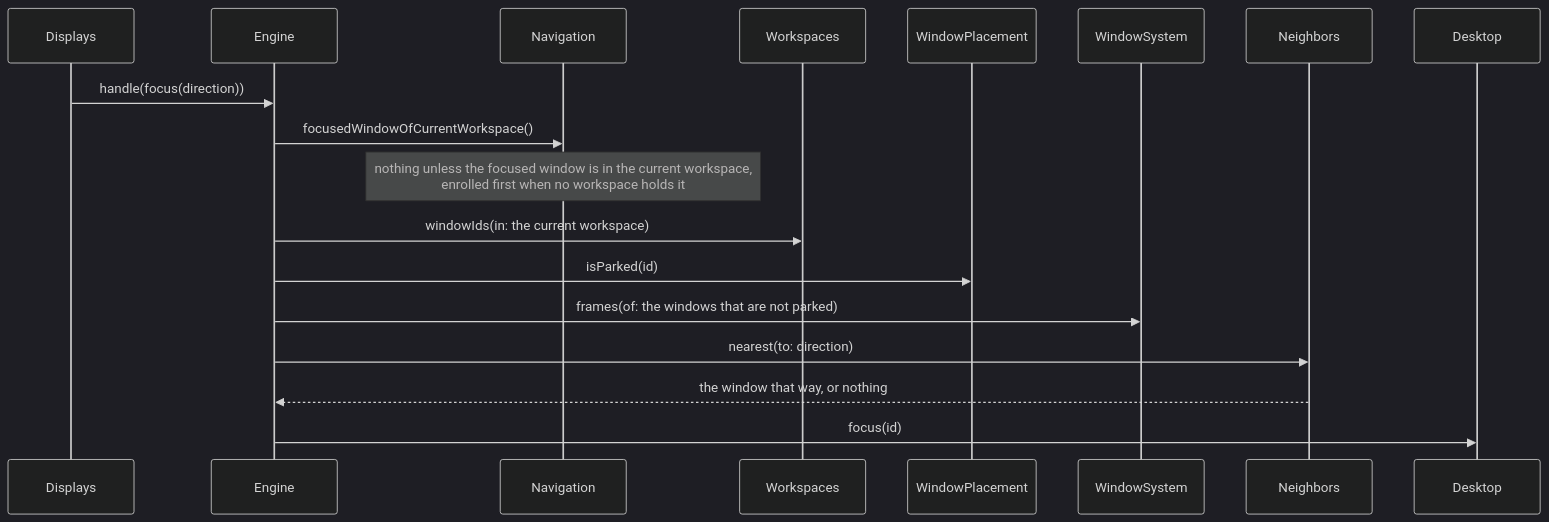
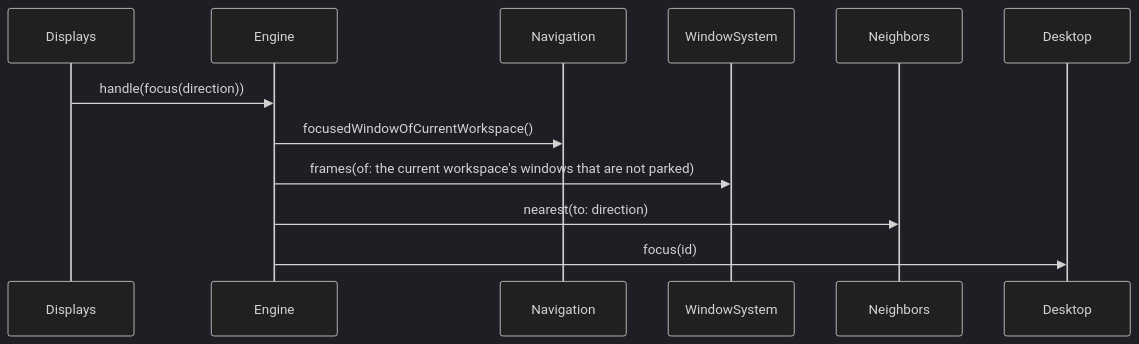
Diagram 13 of 25 in ARCHITECTURE.md (brennovich/ottowm), drawn with Mermaid (dark theme) before and after one commit. The commit also changed other lines of this file, not shown here.

````diff
--- a/ARCHITECTURE.md
+++ b/ARCHITECTURE.md
@@ -367,12 +338,8 @@
 ```mermaid
 sequenceDiagram
     Displays->>Engine: handle(focus(direction))
     Engine->>Navigation: focusedWindowOfCurrentWorkspace()
-    Note over Navigation: nothing unless the focused window is in the current workspace,<br/>enrolled first when no workspace holds it
-    Engine->>Workspaces: windowIds(in: the current workspace)
-    Engine->>WindowPlacement: isParked(id)
-    Engine->>WindowSystem: frames(of: the windows that are not parked)
+    Engine->>WindowSystem: frames(of: the current workspace's windows that are not parked)
     Engine->>Neighbors: nearest(to: direction)
-    Neighbors-->>Engine: the window that way, or nothing
     Engine->>Desktop: focus(id)
 ```
````
